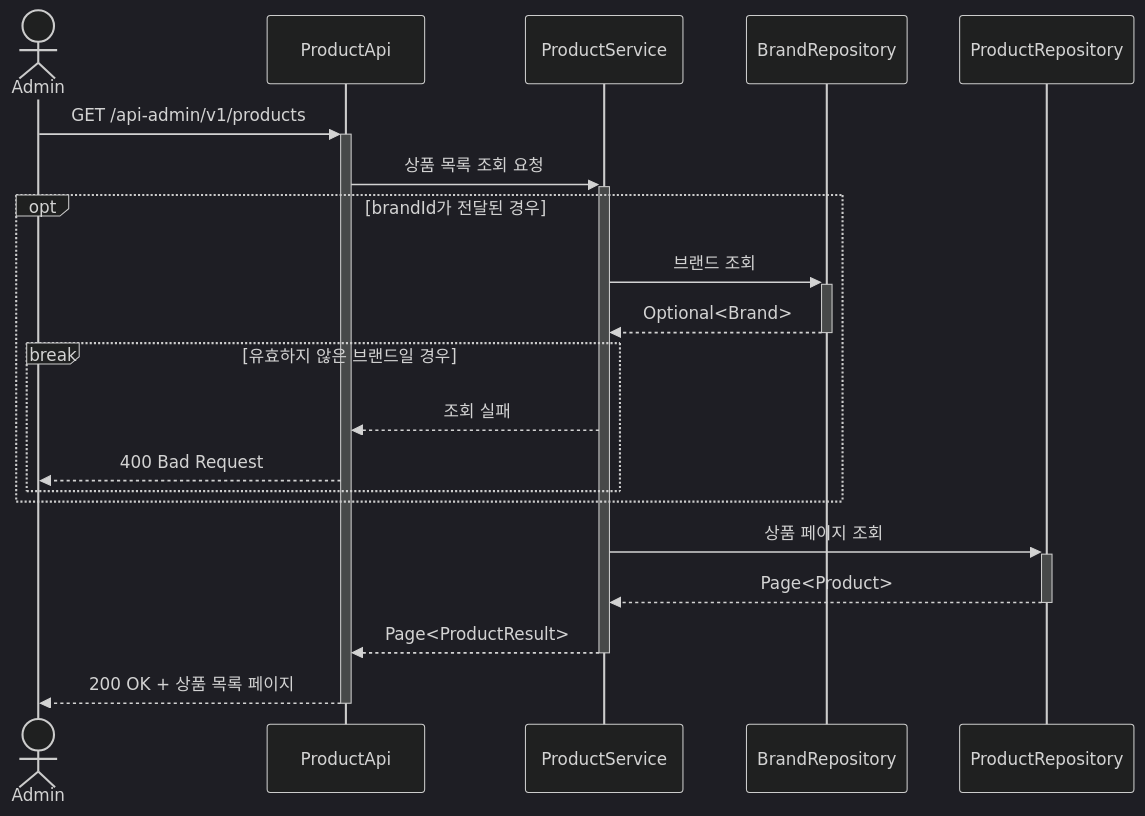
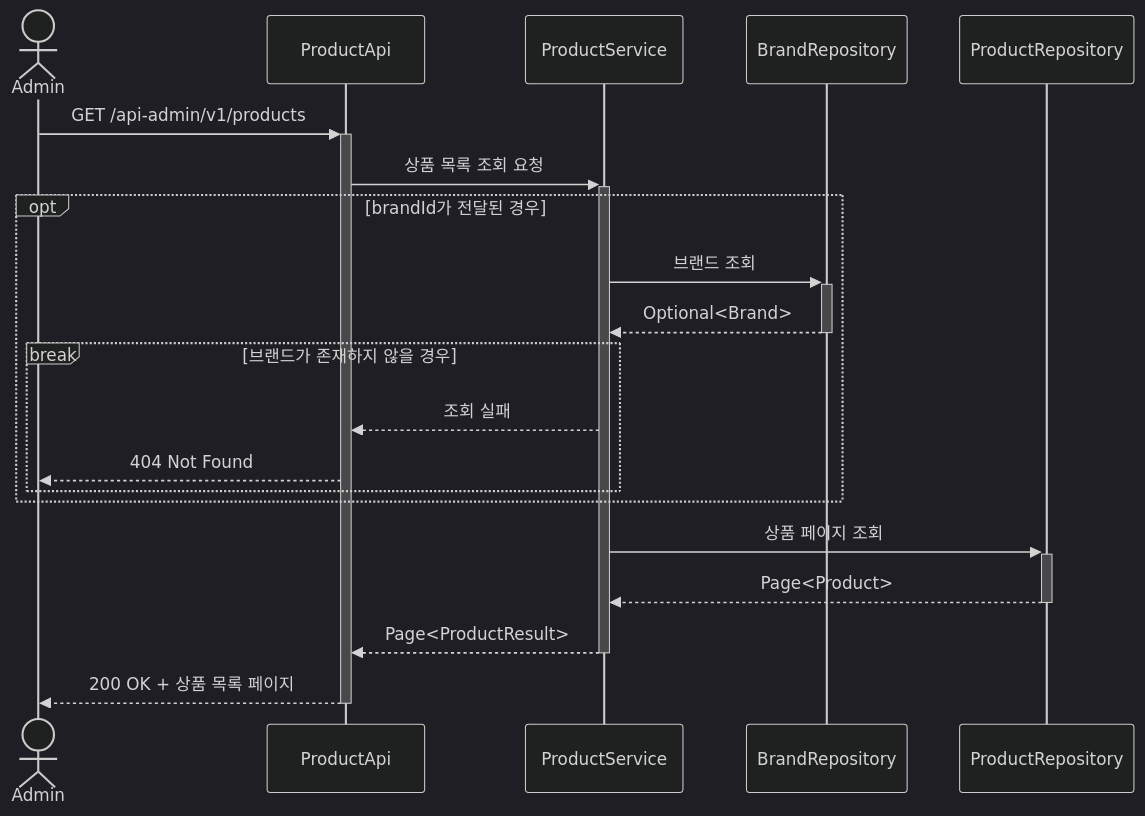
One commit to Loopers-dev-lab/loop-pack-be-l2-vol3-java changed the tenth of 23 diagrams in .docs/design/02-sequence-diagrams.md. Above: the diagram before and after it, drawn with Mermaid (dark theme). The commit also changed 16 other files, not shown here.

````diff
--- a/.docs/design/02-sequence-diagrams.md
+++ b/.docs/design/02-sequence-diagrams.md
@@ -338,26 +338,26 @@
 ```mermaid
 sequenceDiagram
     actor Admin
     participant ProductApi
     participant ProductService
     participant BrandRepository
     participant ProductRepository
 
     Admin ->>+ ProductApi: GET /api-admin/v1/products
     ProductApi ->>+ ProductService: 상품 목록 조회 요청
 
     opt brandId가 전달된 경우
         ProductService ->>+ BrandRepository: 브랜드 조회
         BrandRepository -->>- ProductService: Optional<Brand>
 
-        break 유효하지 않은 브랜드일 경우
+        break 브랜드가 존재하지 않을 경우
             ProductService -->> ProductApi: 조회 실패
-            ProductApi -->> Admin: 400 Bad Request
+            ProductApi -->> Admin: 404 Not Found
         end
     end
 
     ProductService ->>+ ProductRepository: 상품 페이지 조회
     ProductRepository -->>- ProductService: Page<Product>
     ProductService -->>- ProductApi: Page<ProductResult>
     ProductApi -->>- Admin: 200 OK + 상품 목록 페이지
 ```
````
